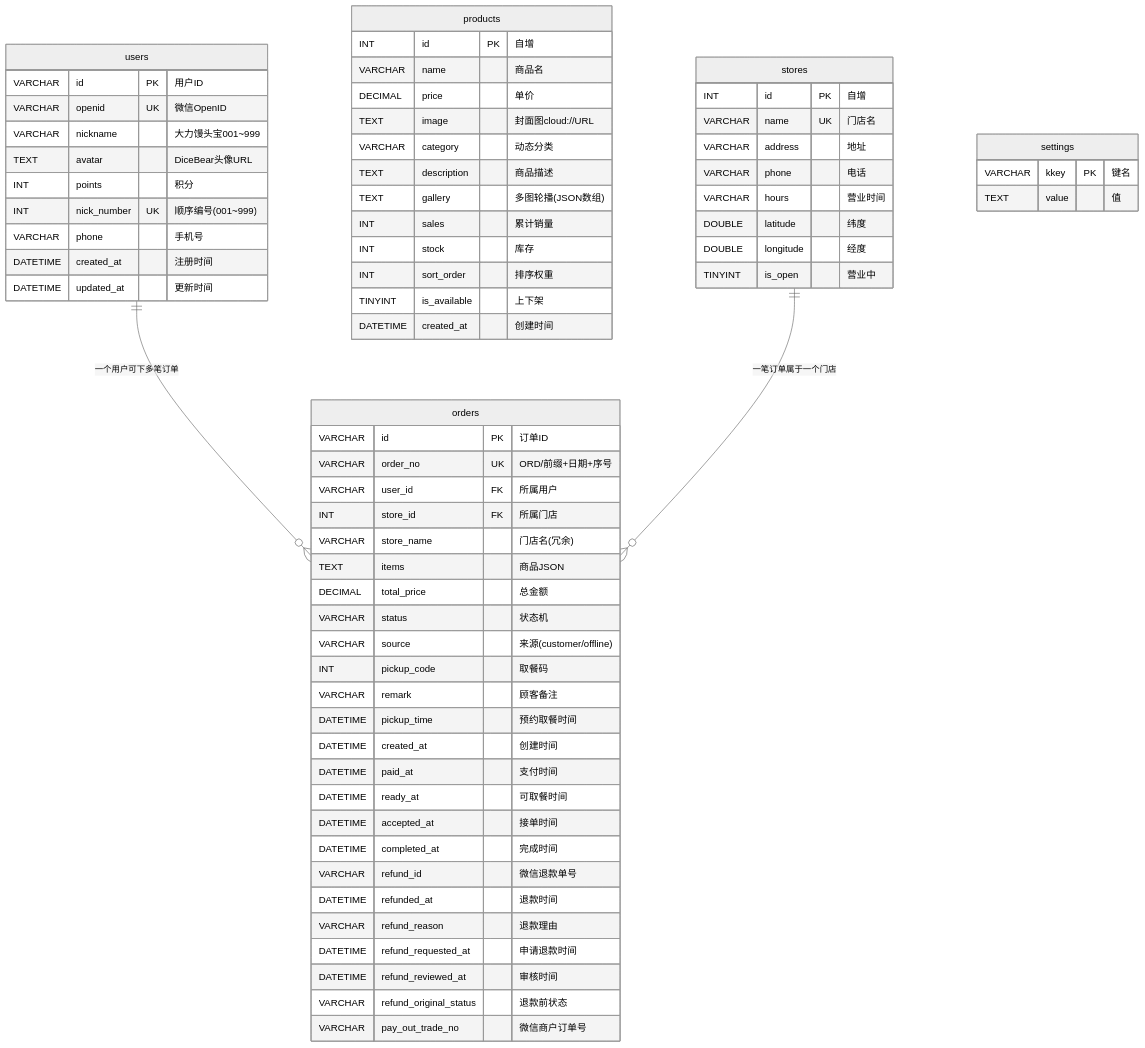
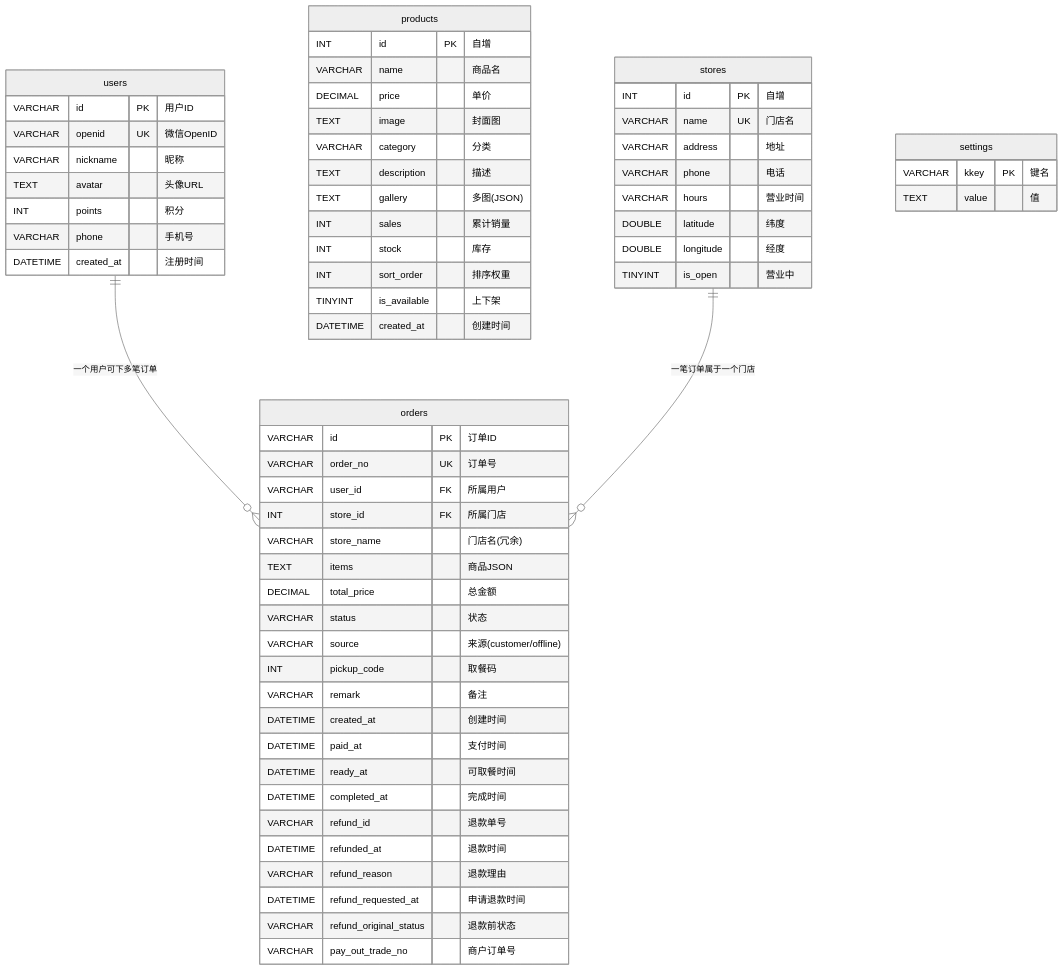
The third of 3 diagrams in README.md (zip-Wu/tasty_bakery), drawn with Mermaid (neutral theme) before and after one commit. The commit also changed other lines of this file, not shown here.

````diff
--- a/README.md
+++ b/README.md
@@ -251,75 +190,70 @@
 ```mermaid
 erDiagram
     users {
         VARCHAR id PK "用户ID"
         VARCHAR openid UK "微信OpenID"
-        VARCHAR nickname "大力馒头宝001~999"
-        TEXT avatar "DiceBear头像URL"
+        VARCHAR nickname "昵称"
+        TEXT avatar "头像URL"
         INT points "积分"
-        INT nick_number UK "顺序编号(001~999)"
         VARCHAR phone "手机号"
         DATETIME created_at "注册时间"
-        DATETIME updated_at "更新时间"
     }
 
     products {
         INT id PK "自增"
         VARCHAR name "商品名"
         DECIMAL price "单价"
-        TEXT image "封面图cloud://URL"
-        VARCHAR category "动态分类"
-        TEXT description "商品描述"
-        TEXT gallery "多图轮播(JSON数组)"
+        TEXT image "封面图"
+        VARCHAR category "分类"
+        TEXT description "描述"
+        TEXT gallery "多图(JSON)"
         INT sales "累计销量"
         INT stock "库存"
         INT sort_order "排序权重"
         TINYINT is_available "上下架"
         DATETIME created_at "创建时间"
     }
 
     stores {
         INT id PK "自增"
         VARCHAR name UK "门店名"
         VARCHAR address "地址"
         VARCHAR phone "电话"
         VARCHAR hours "营业时间"
         DOUBLE latitude "纬度"
         DOUBLE longitude "经度"
         TINYINT is_open "营业中"
     }
 
     orders {
         VARCHAR id PK "订单ID"
-        VARCHAR order_no UK "ORD/前缀+日期+序号"
+        VARCHAR order_no UK "订单号"
         VARCHAR user_id FK "所属用户"
         INT store_id FK "所属门店"
         VARCHAR store_name "门店名(冗余)"
         TEXT items "商品JSON"
         DECIMAL total_price "总金额"
-        VARCHAR status "状态机"
+        VARCHAR status "状态"
         VARCHAR source "来源(customer/offline)"
         INT pickup_code "取餐码"
-        VARCHAR remark "顾客备注"
-        DATETIME pickup_time "预约取餐时间"
+        VARCHAR remark "备注"
         DATETIME created_at "创建时间"
         DATETIME paid_at "支付时间"
         DATETIME ready_at "可取餐时间"
-        DATETIME accepted_at "接单时间"
         DATETIME completed_at "完成时间"
-        VARCHAR refund_id "微信退款单号"
+        VARCHAR refund_id "退款单号"
         DATETIME refunded_at "退款时间"
         VARCHAR refund_reason "退款理由"
         DATETIME refund_requested_at "申请退款时间"
-        DATETIME refund_reviewed_at "审核时间"
         VARCHAR refund_original_status "退款前状态"
-        VARCHAR pay_out_trade_no "微信商户订单号"
+        VARCHAR pay_out_trade_no "商户订单号"
     }
 
     users ||--o{ orders : "一个用户可下多笔订单"
     stores ||--o{ orders : "一笔订单属于一个门店"
 
     settings {
         VARCHAR kkey PK "键名"
         TEXT value "值"
     }
 ```
````
